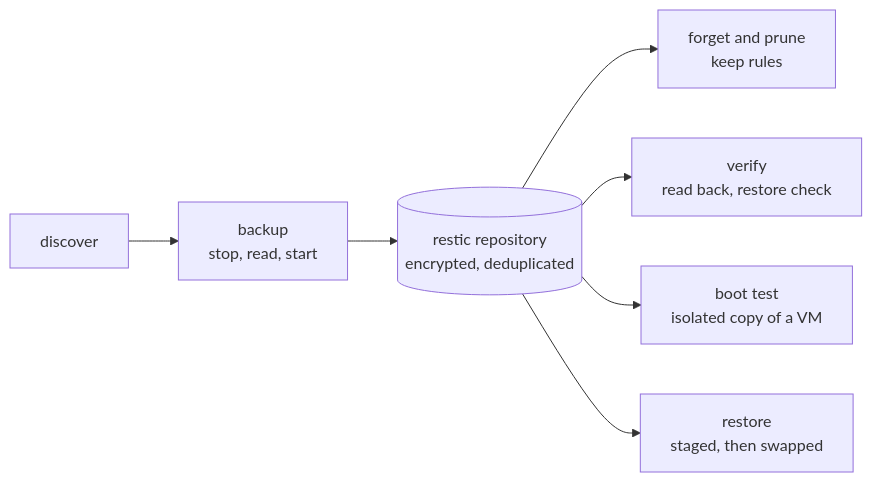
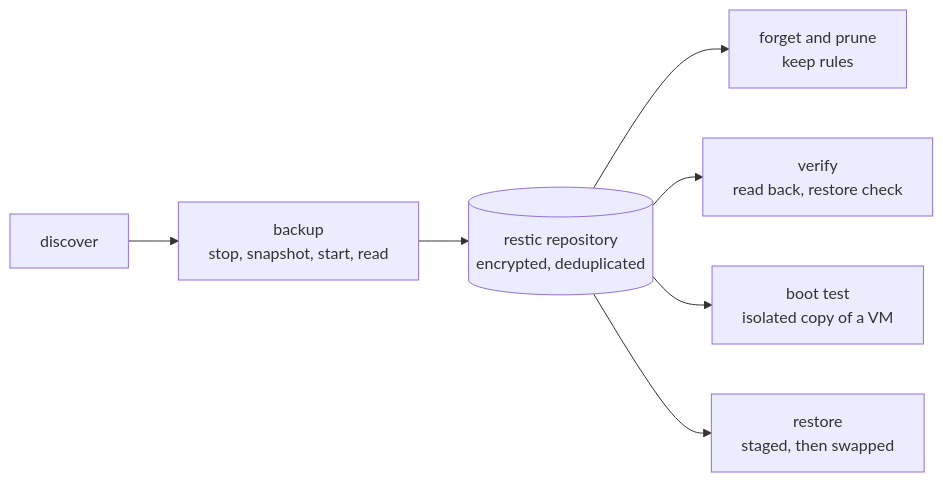
Before and after one commit to guyp2k/urbk-release: the diagram in README.md, drawn with Mermaid. The commit also changed other lines of this file, not shown here.

Commit message:
docs: running items on ZFS are down only for a snapshot, then read from it

````diff
--- a/README.md
+++ b/README.md
@@ -56,9 +56,9 @@
 ```mermaid
 flowchart LR
-  D[discover] --> B[backup<br/>stop, read, start]
+  D[discover] --> B[backup<br/>stop, snapshot, start, read]
   B --> R[(restic repository<br/>encrypted, deduplicated)]
   R --> F[forget and prune<br/>keep rules]
   R --> V[verify<br/>read back, restore check]
   R --> T[boot test<br/>isolated copy of a VM]
   R --> S[restore<br/>staged, then swapped]
 ```
````
